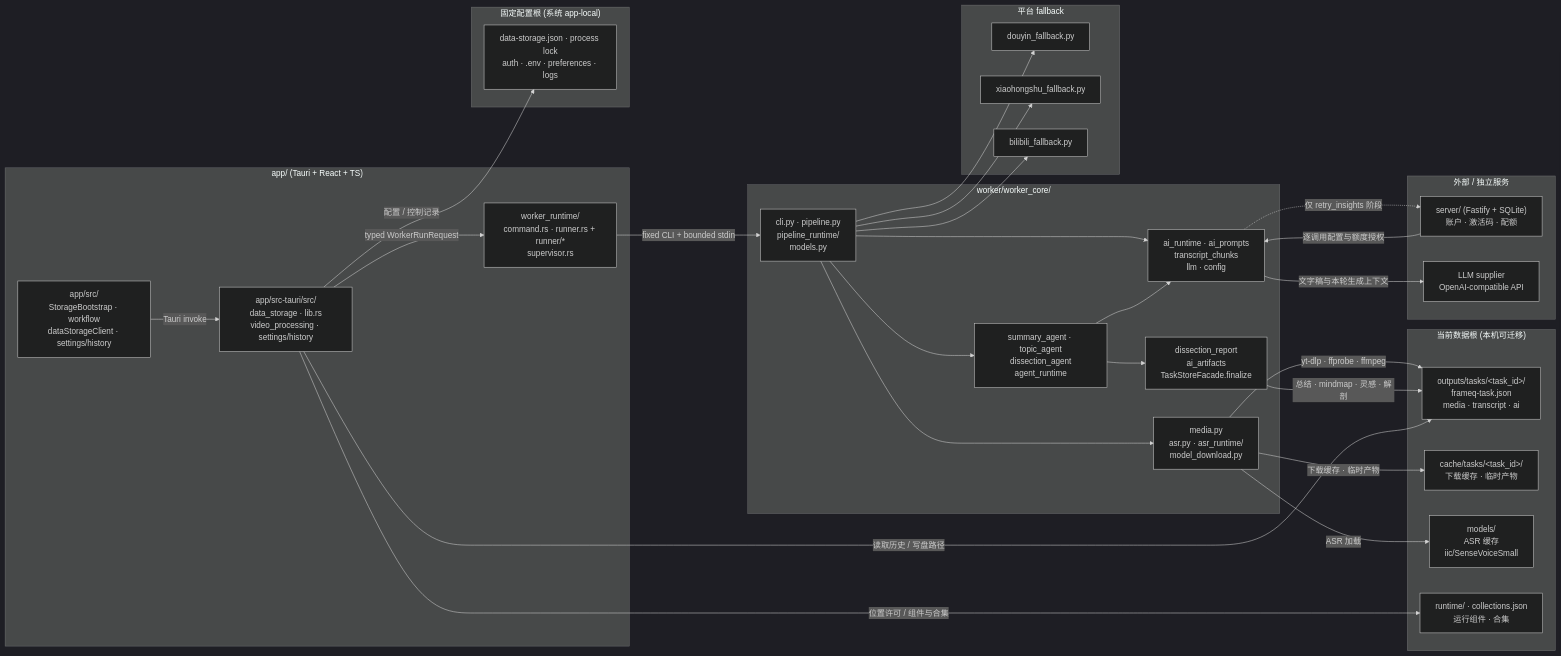
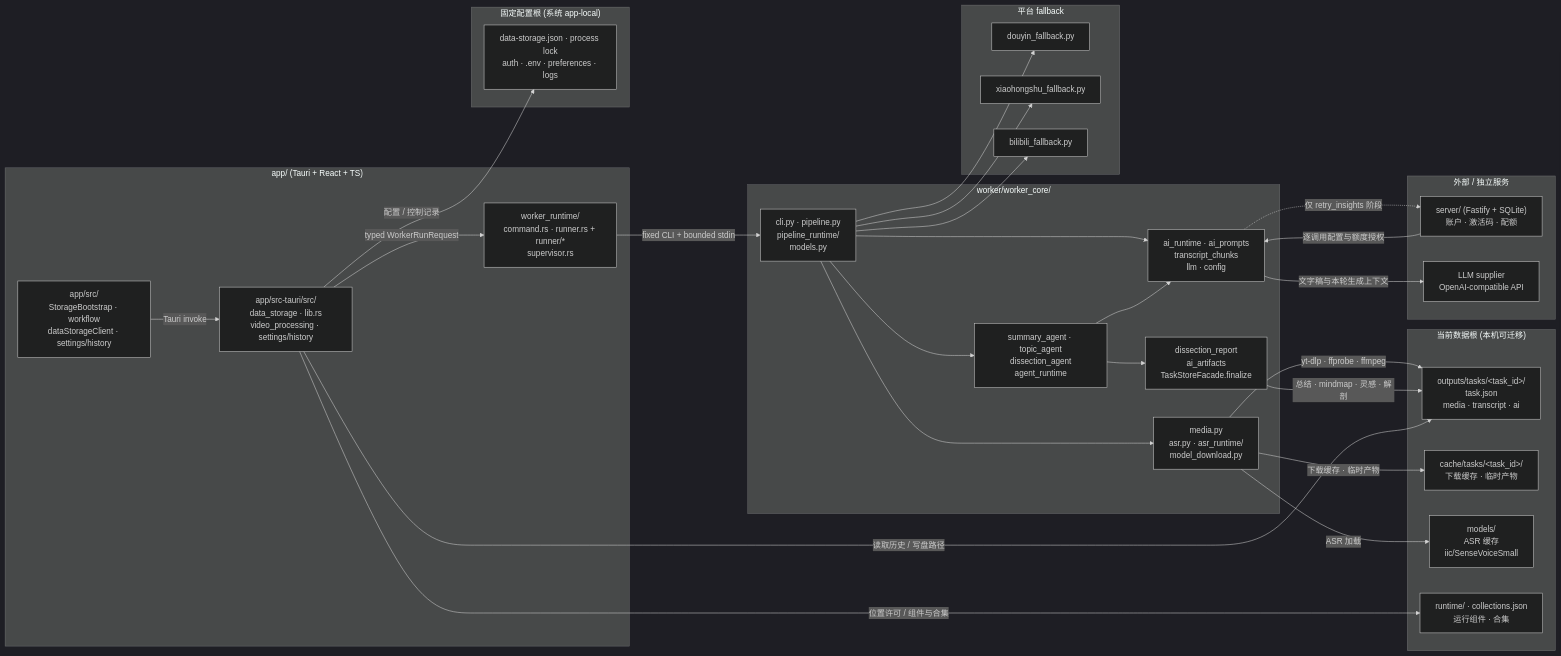
Before and after one commit to jiabai/FrameQ: the diagram in docs/ARCHITECTURE.md, drawn with Mermaid (dark theme). The commit also changed other lines of this file and 289 other files, not shown here.

````diff
--- a/docs/ARCHITECTURE.md
+++ b/docs/ARCHITECTURE.md
@@ -1397,60 +1397,60 @@
 ```mermaid
 graph LR
   subgraph "app/ (Tauri + React + TS)"
     A1["app/src/<br/>StorageBootstrap · workflow<br/>dataStorageClient · settings/history"]
     A2["app/src-tauri/src/<br/>data_storage · lib.rs<br/>video_processing · settings/history"]
     A3["worker_runtime/<br/>command.rs · runner.rs + runner/*<br/>supervisor.rs"]
   end
 
   subgraph "worker/worker_core/"
     W1["cli.py · pipeline.py<br/>pipeline_runtime/<br/>models.py"]
     W2["media.py<br/>asr.py · asr_runtime/<br/>model_download.py"]
     W3["summary_agent · topic_agent<br/>dissection_agent<br/>agent_runtime"]
     W4["ai_runtime · ai_prompts<br/>transcript_chunks<br/>llm · config"]
     W5["dissection_report<br/>ai_artifacts<br/>TaskStoreFacade.finalize"]
   end
 
   subgraph "平台 fallback"
     F1["douyin_fallback.py"]
     F2["xiaohongshu_fallback.py"]
     F3["bilibili_fallback.py"]
   end
 
   subgraph "当前数据根 (本机可迁移)"
-    D1["outputs/tasks/&lt;task_id&gt;/<br/>frameq-task.json<br/>media · transcript · ai"]
+    D1["outputs/tasks/&lt;task_id&gt;/<br/>task.json<br/>media · transcript · ai"]
     D2["cache/tasks/&lt;task_id&gt;/<br/>下载缓存 · 临时产物"]
     D3["models/<br/>ASR 缓存<br/>iic/SenseVoiceSmall"]
     D4["runtime/ · collections.json<br/>运行组件 · 合集"]
   end
 
   subgraph "固定配置根 (系统 app-local)"
     C1["data-storage.json · process lock<br/>auth · .env · preferences · logs"]
   end
 
   subgraph "外部 / 独立服务"
     S1["server/ (Fastify + SQLite)<br/>账户 · 激活码 · 配额"]
     S2["LLM supplier<br/>OpenAI-compatible API"]
   end
 
   A1 -->|Tauri invoke| A2
   A2 -->|typed WorkerRunRequest| A3
   A3 -->|fixed CLI + bounded stdin| W1
   W1 --> W2
   W1 --> W3
   W1 --> W4
   W1 --> F1
   W1 --> F2
   W1 --> F3
   W2 -->|yt-dlp · ffprobe · ffmpeg| D1
   W2 -->|下载缓存 · 临时产物| D2
   W2 -->|ASR 加载| D3
   W3 --> W4
   W3 --> W5
   W5 -->|总结 · mindmap · 灵感 · 解剖| D1
   W4 -.->|仅 retry_insights 阶段| S1
   S1 -->|逐调用配置与额度授权| W4
   W4 -->|文字稿与本轮生成上下文| S2
   A2 -->|读取历史 / 写盘路径| D1
   A2 -->|位置许可 / 组件与合集| D4
   A2 -->|配置 / 控制记录| C1
 ```
````
